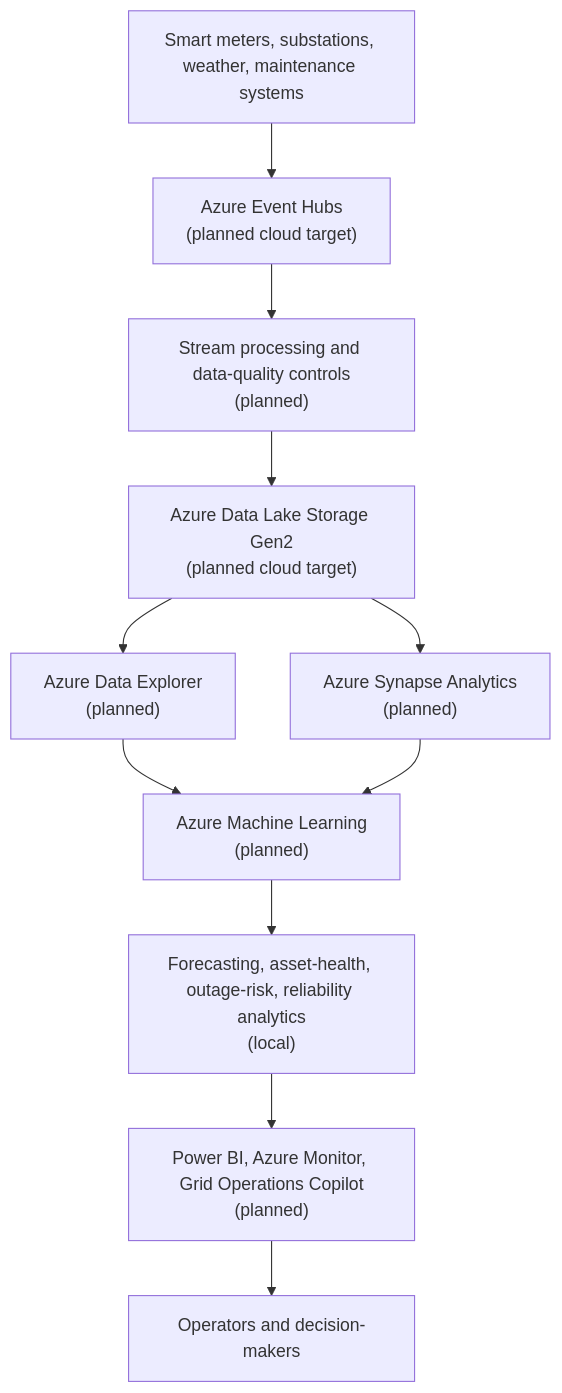
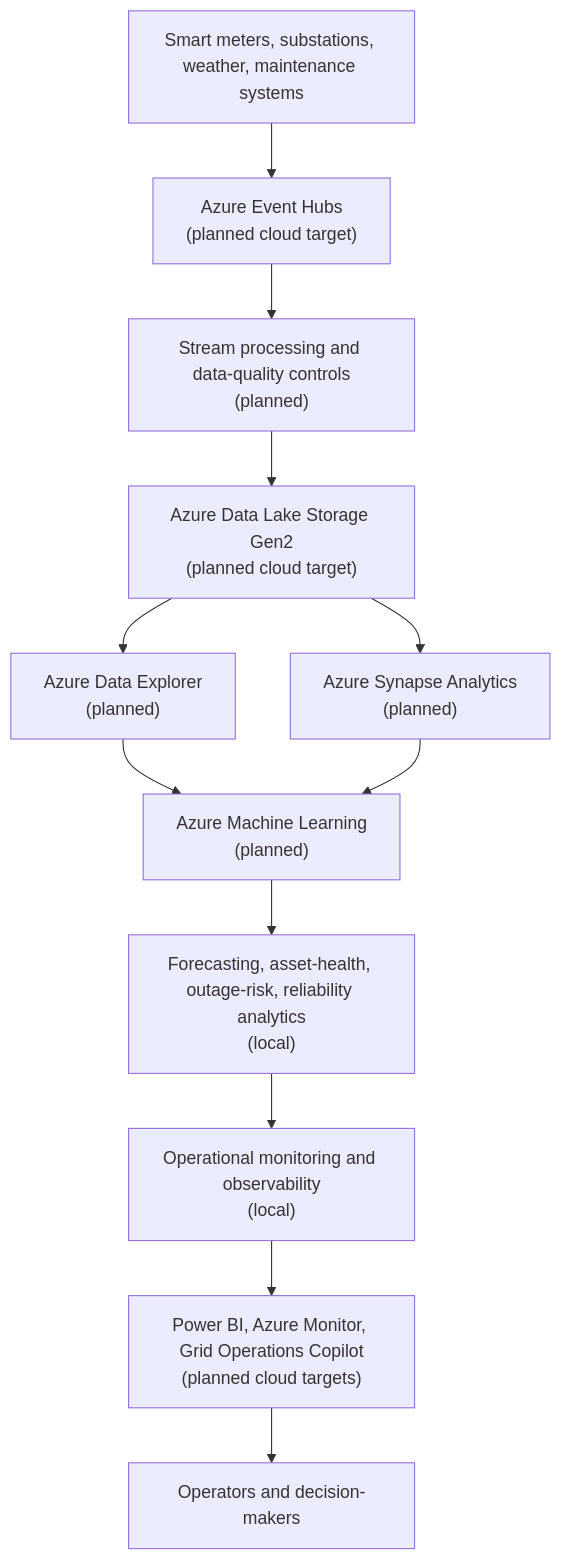
Before and after one commit to Ibraheemolasupogit/azure-grid-reliability-intelligence-platform: the diagram in README.md, drawn with Mermaid. The commit also changed other lines of this file and 28 other files, not shown here.

Commit message:
Add platform monitoring and observability

````diff
--- a/README.md
+++ b/README.md
@@ -28,20 +28,21 @@
 ```mermaid
 flowchart TD
     sources["Smart meters, substations, weather, maintenance systems"]
     event_hubs["Azure Event Hubs<br/>(planned cloud target)"]
     stream["Stream processing and data-quality controls<br/>(planned)"]
     lake["Azure Data Lake Storage Gen2<br/>(planned cloud target)"]
     adx["Azure Data Explorer<br/>(planned)"]
     synapse["Azure Synapse Analytics<br/>(planned)"]
     aml["Azure Machine Learning<br/>(planned)"]
     intelligence["Forecasting, asset-health, outage-risk, reliability analytics<br/>(local)"]
-    operations["Power BI, Azure Monitor, Grid Operations Copilot<br/>(planned)"]
+    monitoring["Operational monitoring and observability<br/>(local)"]
+    operations["Power BI, Azure Monitor, Grid Operations Copilot<br/>(planned cloud targets)"]
     users["Operators and decision-makers"]
 
     sources --> event_hubs --> stream --> lake
     lake --> adx
     lake --> synapse
     adx --> aml
     synapse --> aml
-    aml --> intelligence --> operations --> users
+    aml --> intelligence --> monitoring --> operations --> users
 ```
````
